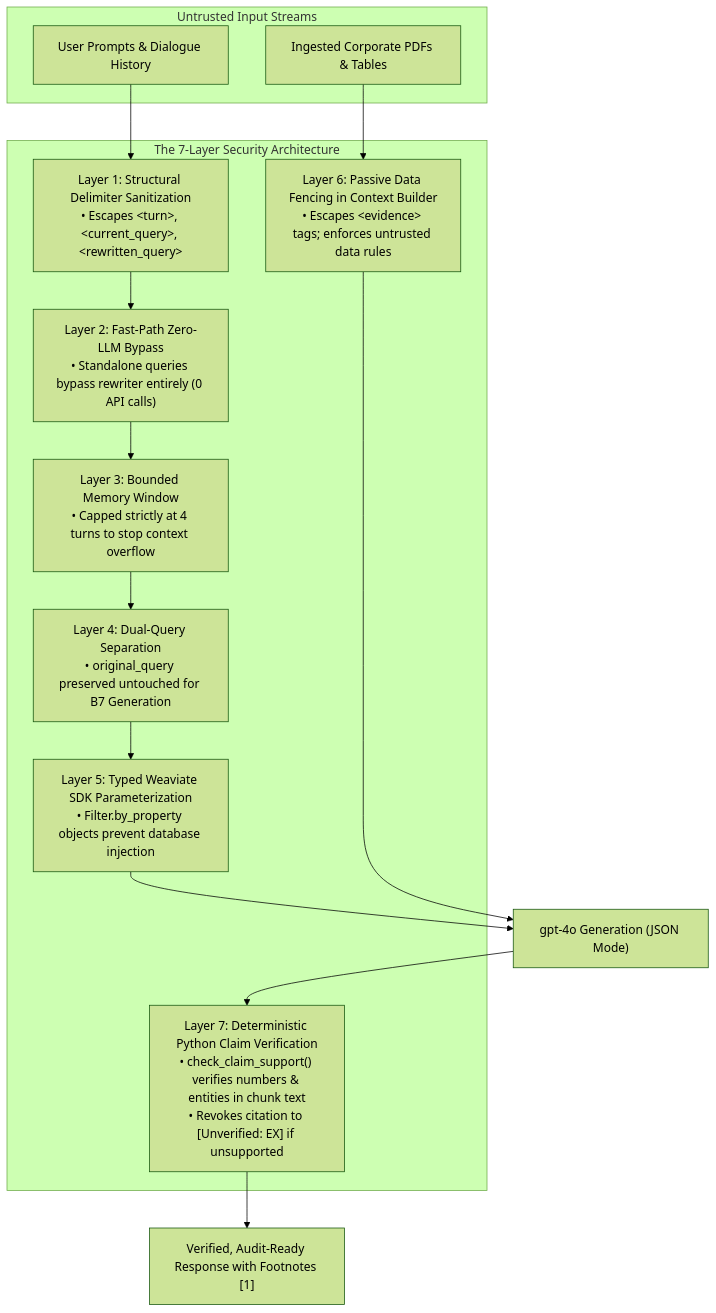
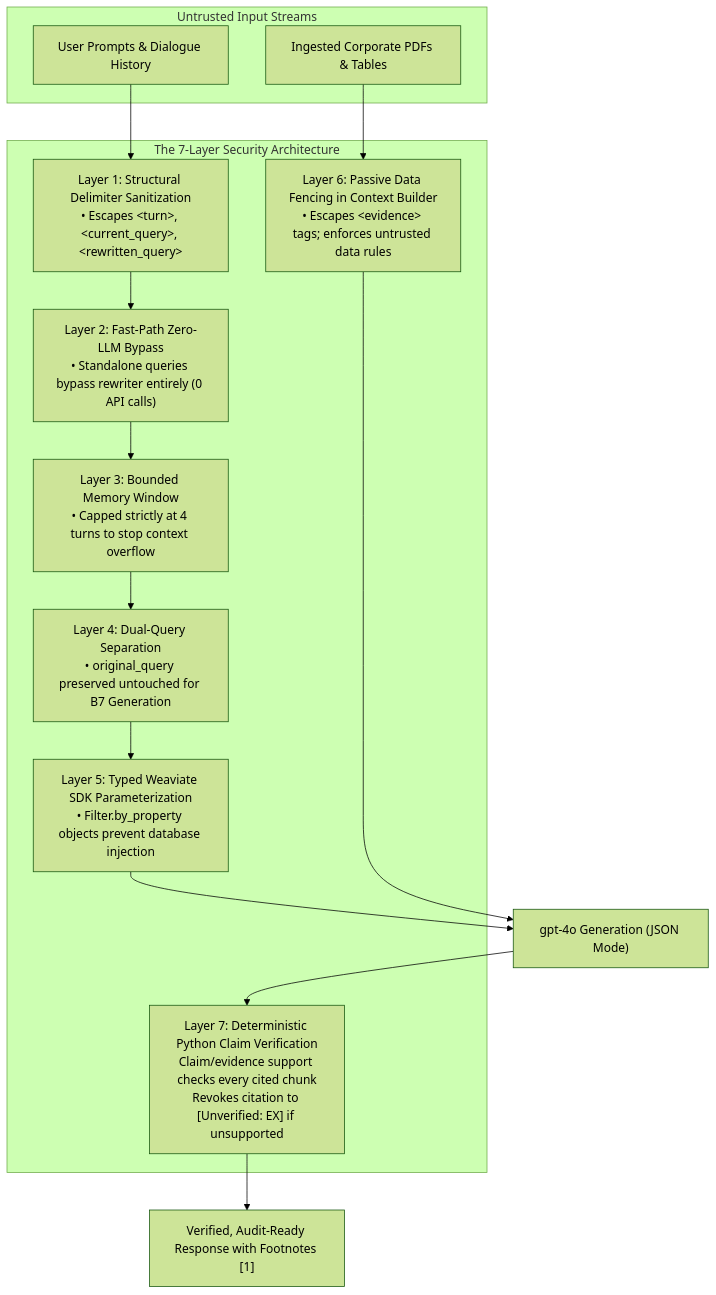
One commit to KushagraPan/ai-due-diligence-copilot changed the diagram in docs/learning/18_security_regex_and_production_guardrails.md. Above: the diagram before and after it, drawn with Mermaid (forest theme). The commit also changed other lines of this file and 8 other files, not shown here.

Commit message:
Document structured claim citation verification

````diff
--- a/docs/learning/18_security_regex_and_production_guardrails.md
+++ b/docs/learning/18_security_regex_and_production_guardrails.md
@@ -22,31 +22,31 @@
 ```mermaid
 flowchart TD
     subgraph Inputs["Untrusted Input Streams"]
         U["User Prompts & Dialogue History"]
         D["Ingested Corporate PDFs & Tables"]
     end
 
     subgraph Defenses["The 7-Layer Security Architecture"]
         L1["Layer 1: Structural Delimiter Sanitization<br/>• Escapes &lt;turn&gt;, &lt;current_query&gt;, &lt;rewritten_query&gt;"]
         L2["Layer 2: Fast-Path Zero-LLM Bypass<br/>• Standalone queries bypass rewriter entirely (0 API calls)"]
         L3["Layer 3: Bounded Memory Window<br/>• Capped strictly at 4 turns to stop context overflow"]
         L4["Layer 4: Dual-Query Separation<br/>• original_query preserved untouched for B7 Generation"]
         L5["Layer 5: Typed Weaviate SDK Parameterization<br/>• Filter.by_property objects prevent database injection"]
         L6["Layer 6: Passive Data Fencing in Context Builder<br/>• Escapes &lt;evidence&gt; tags; enforces untrusted data rules"]
-        L7["Layer 7: Deterministic Python Claim Verification<br/>• check_claim_support() verifies numbers & entities in chunk text<br/>• Revokes citation to [Unverified: EX] if unsupported"]
+        L7["Layer 7: Deterministic Python Claim Verification<br/>Claim/evidence support checks every cited chunk<br/>Revokes citation to [Unverified: EX] if unsupported"]
     end
 
     U --> L1
     L1 --> L2
     L2 --> L3
     L3 --> L4
     L4 --> L5
     
     D --> L6
     
     L5 --> LLM["gpt-4o Generation (JSON Mode)"]
     L6 --> LLM
     
     LLM --> L7
     L7 --> Out["Verified, Audit-Ready Response with Footnotes [1]"]
 ```
````
